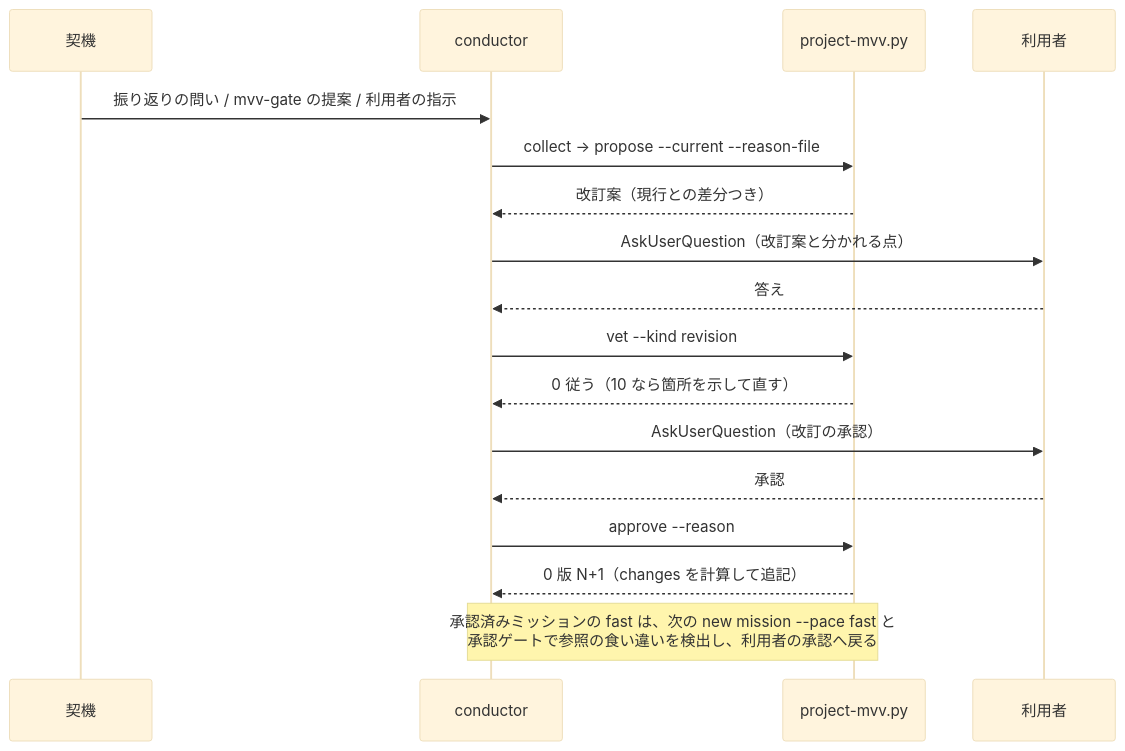
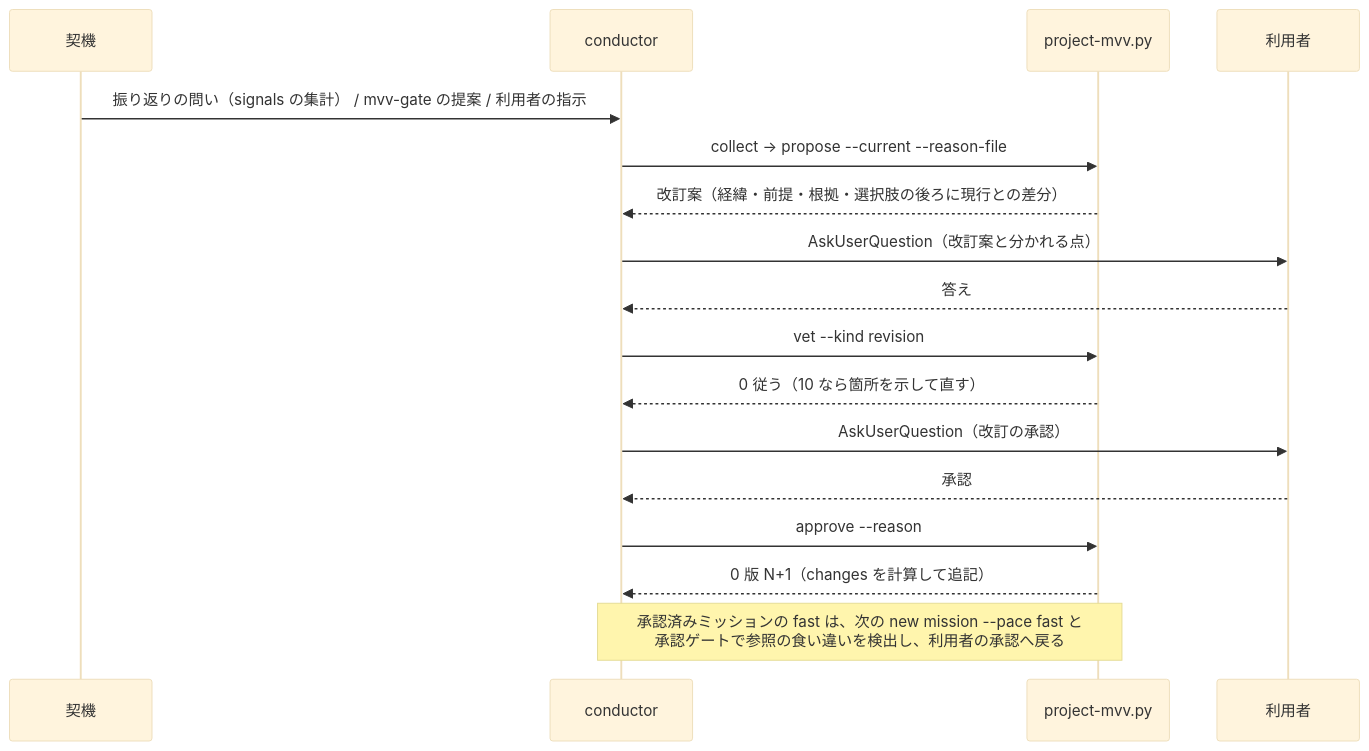
The sixth of 8 diagrams in issues/issue-1366-design.md (devbasex/ai-plugins), drawn with Mermaid (base theme) before and after one commit. The commit also changed other lines of this file and 6 other files, not shown here.

````diff
--- a/issues/issue-1366-design.md
+++ b/issues/issue-1366-design.md
@@ -444,19 +475,19 @@
 ```mermaid
 sequenceDiagram
     participant T as 契機
     participant C as conductor
     participant E as project-mvv.py
     participant U as 利用者
-    T->>C: 振り返りの問い / mvv-gate の提案 / 利用者の指示
+    T->>C: 振り返りの問い（signals の集計） / mvv-gate の提案 / 利用者の指示
     C->>E: collect → propose --current --reason-file
-    E-->>C: 改訂案（現行との差分つき）
+    E-->>C: 改訂案（経緯・前提・根拠・選択肢の後ろに現行との差分）
     C->>U: AskUserQuestion（改訂案と分かれる点）
     U-->>C: 答え
     C->>E: vet --kind revision
     E-->>C: 0 従う（10 なら箇所を示して直す）
     C->>U: AskUserQuestion（改訂の承認）
     U-->>C: 承認
     C->>E: approve --reason
     E-->>C: 0 版 N+1（changes を計算して追記）
     Note over C,E: 承認済みミッションの fast は、次の new mission --pace fast と<br/>承認ゲートで参照の食い違いを検出し、利用者の承認へ戻る
 ```
````
